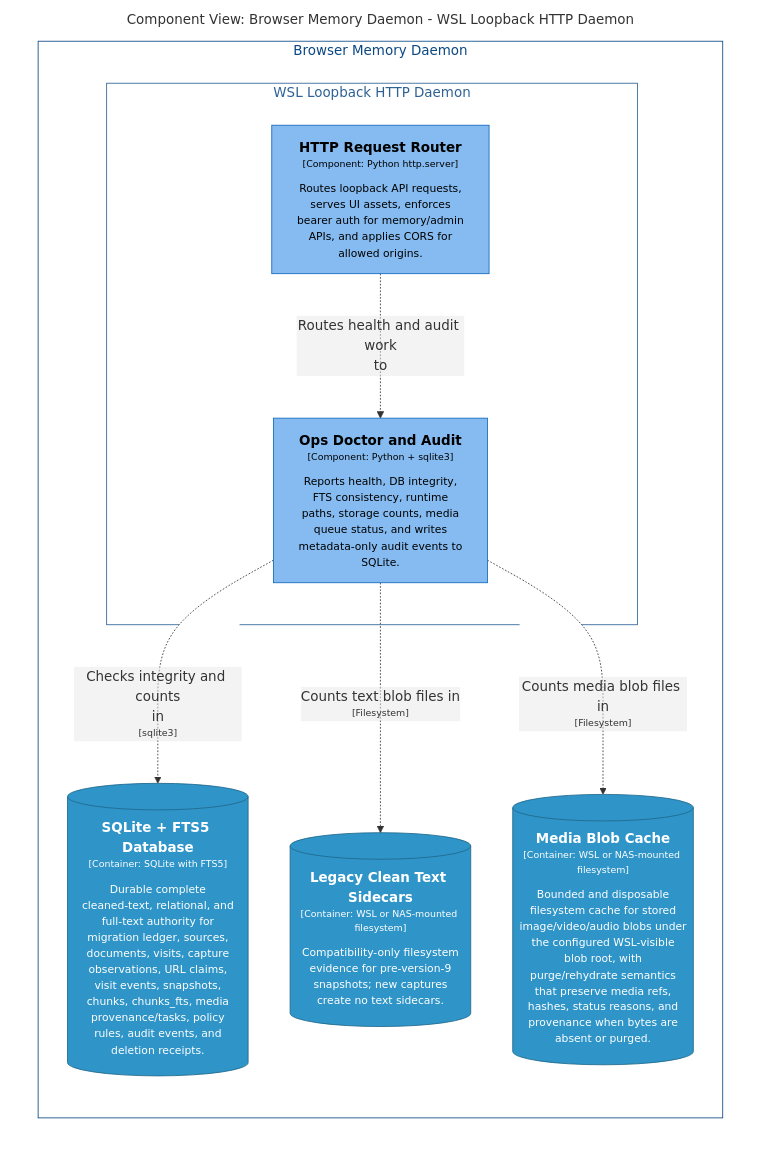
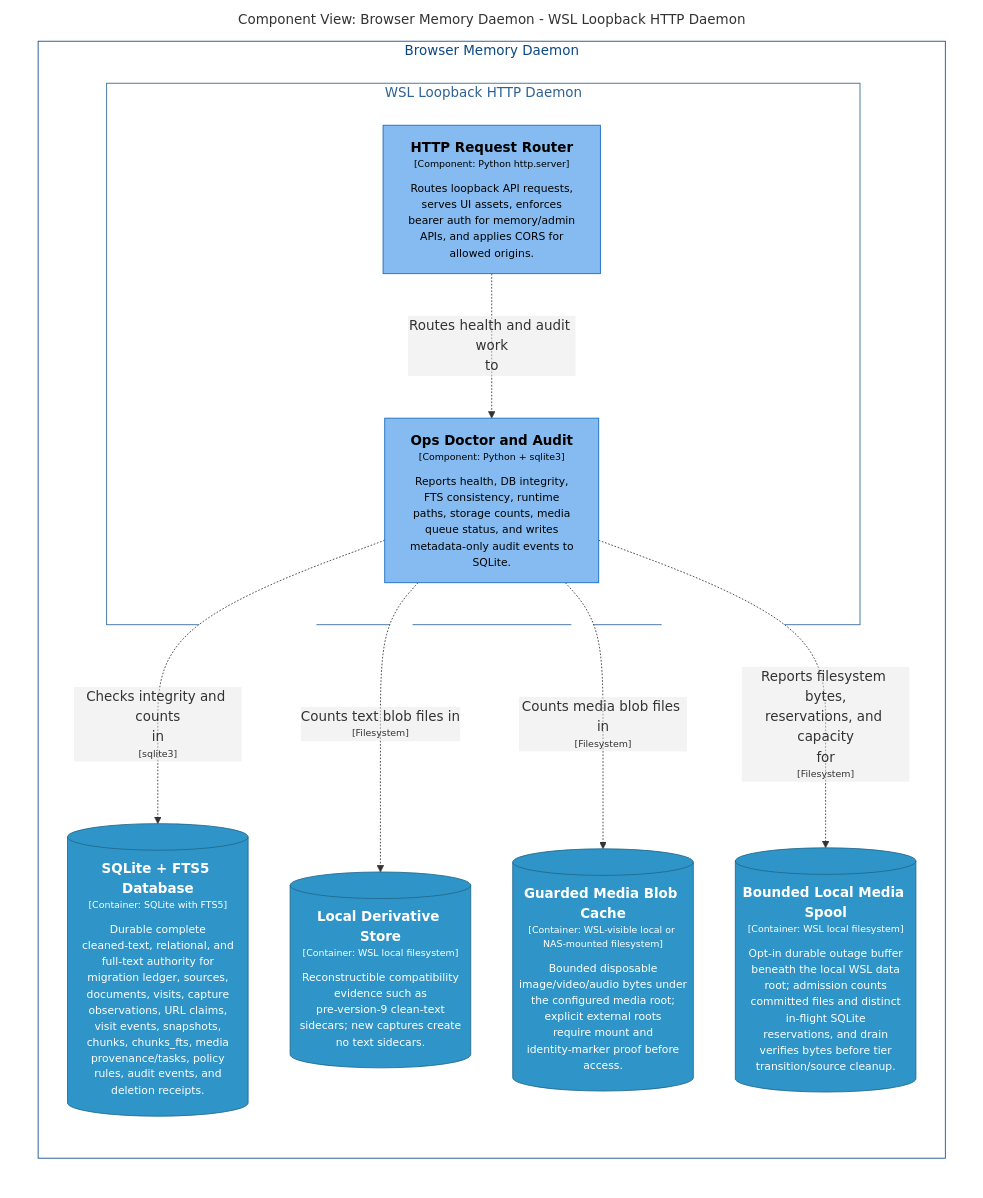
Before and after one commit to michaelnicks0/browser-memory-daemon: the diagram in docs/architecture/diagrams/markdown/DaemonDoctorComponents.md, drawn with Mermaid. The commit also changed 184 other files, not shown here.

Commit message:
feat(storage): split media root and add bounded spool

````diff
--- a/docs/architecture/diagrams/markdown/DaemonDoctorComponents.md
+++ b/docs/architecture/diagrams/markdown/DaemonDoctorComponents.md
@@ -16,34 +16,37 @@
 ```mermaid
 graph LR
   linkStyle default fill:#ffffff
 
   subgraph diagram ["Component View: Browser Memory Daemon - WSL Loopback HTTP Daemon"]
     style diagram fill:#ffffff,stroke:#ffffff
 
     subgraph 4 ["Browser Memory Daemon"]
       style 4 fill:#ffffff,stroke:#0b4884,color:#0b4884
 
       subgraph 14 ["WSL Loopback HTTP Daemon"]
         style 14 fill:#ffffff,stroke:#2e6295,color:#2e6295
 
         15["<div style='font-weight: bold'>HTTP Request Router</div><div style='font-size: 70%; margin-top: 0px'>[Component: Python http.server]</div><div style='font-size: 80%; margin-top:10px'>Routes loopback API requests,<br />serves UI assets, enforces<br />bearer auth for memory/admin<br />APIs, and applies CORS for<br />allowed origins.</div>"]
         style 15 fill:#85bbf0,stroke:#1168bd,color:#000000
         25["<div style='font-weight: bold'>Ops Doctor and Audit</div><div style='font-size: 70%; margin-top: 0px'>[Component: Python + sqlite3]</div><div style='font-size: 80%; margin-top:10px'>Reports health, DB integrity,<br />FTS consistency, runtime<br />paths, storage counts, media<br />queue status, and writes<br />metadata-only audit events to<br />SQLite.</div>"]
         style 25 fill:#85bbf0,stroke:#1168bd,color:#000000
       end
 
       29[("<div style='font-weight: bold'>SQLite + FTS5 Database</div><div style='font-size: 70%; margin-top: 0px'>[Container: SQLite with FTS5]</div><div style='font-size: 80%; margin-top:10px'>Durable complete<br />cleaned-text, relational, and<br />full-text authority for<br />migration ledger, sources,<br />documents, visits, capture<br />observations, URL claims,<br />visit events, snapshots,<br />chunks, chunks_fts, media<br />provenance/tasks, policy<br />rules, audit events, and<br />deletion receipts.</div>")]
       style 29 fill:#2f95c8,stroke:#20688c,color:#ffffff
-      30[("<div style='font-weight: bold'>Legacy Clean Text Sidecars</div><div style='font-size: 70%; margin-top: 0px'>[Container: WSL or NAS-mounted filesystem]</div><div style='font-size: 80%; margin-top:10px'>Compatibility-only filesystem<br />evidence for pre-version-9<br />snapshots; new captures<br />create no text sidecars.</div>")]
+      30[("<div style='font-weight: bold'>Local Derivative Store</div><div style='font-size: 70%; margin-top: 0px'>[Container: WSL local filesystem]</div><div style='font-size: 80%; margin-top:10px'>Reconstructible compatibility<br />evidence such as<br />pre-version-9 clean-text<br />sidecars; new captures create<br />no text sidecars.</div>")]
       style 30 fill:#2f95c8,stroke:#20688c,color:#ffffff
-      31[("<div style='font-weight: bold'>Media Blob Cache</div><div style='font-size: 70%; margin-top: 0px'>[Container: WSL or NAS-mounted filesystem]</div><div style='font-size: 80%; margin-top:10px'>Bounded and disposable<br />filesystem cache for stored<br />image/video/audio blobs under<br />the configured WSL-visible<br />blob root, with<br />purge/rehydrate semantics<br />that preserve media refs,<br />hashes, status reasons, and<br />provenance when bytes are<br />absent or purged.</div>")]
+      31[("<div style='font-weight: bold'>Guarded Media Blob Cache</div><div style='font-size: 70%; margin-top: 0px'>[Container: WSL-visible local or NAS-mounted filesystem]</div><div style='font-size: 80%; margin-top:10px'>Bounded disposable<br />image/video/audio bytes under<br />the configured media root;<br />explicit external roots<br />require mount and<br />identity-marker proof before<br />access.</div>")]
       style 31 fill:#2f95c8,stroke:#20688c,color:#ffffff
+      32[("<div style='font-weight: bold'>Bounded Local Media Spool</div><div style='font-size: 70%; margin-top: 0px'>[Container: WSL local filesystem]</div><div style='font-size: 80%; margin-top:10px'>Opt-in durable outage buffer<br />beneath the local WSL data<br />root; admission counts<br />committed files and distinct<br />in-flight SQLite<br />reservations, and drain<br />verifies bytes before tier<br />transition/source cleanup.</div>")]
+      style 32 fill:#2f95c8,stroke:#20688c,color:#ffffff
     end
 
     15-. "<div>Routes health and audit work<br />to</div><div style='font-size: 70%'></div>" .->25
     25-. "<div>Checks integrity and counts<br />in</div><div style='font-size: 70%'>[sqlite3]</div>" .->29
     25-. "<div>Counts text blob files in</div><div style='font-size: 70%'>[Filesystem]</div>" .->30
     25-. "<div>Counts media blob files in</div><div style='font-size: 70%'>[Filesystem]</div>" .->31
+    25-. "<div>Reports filesystem bytes,<br />reservations, and capacity<br />for</div><div style='font-size: 70%'>[Filesystem]</div>" .->32
 
   end
 ```
````
